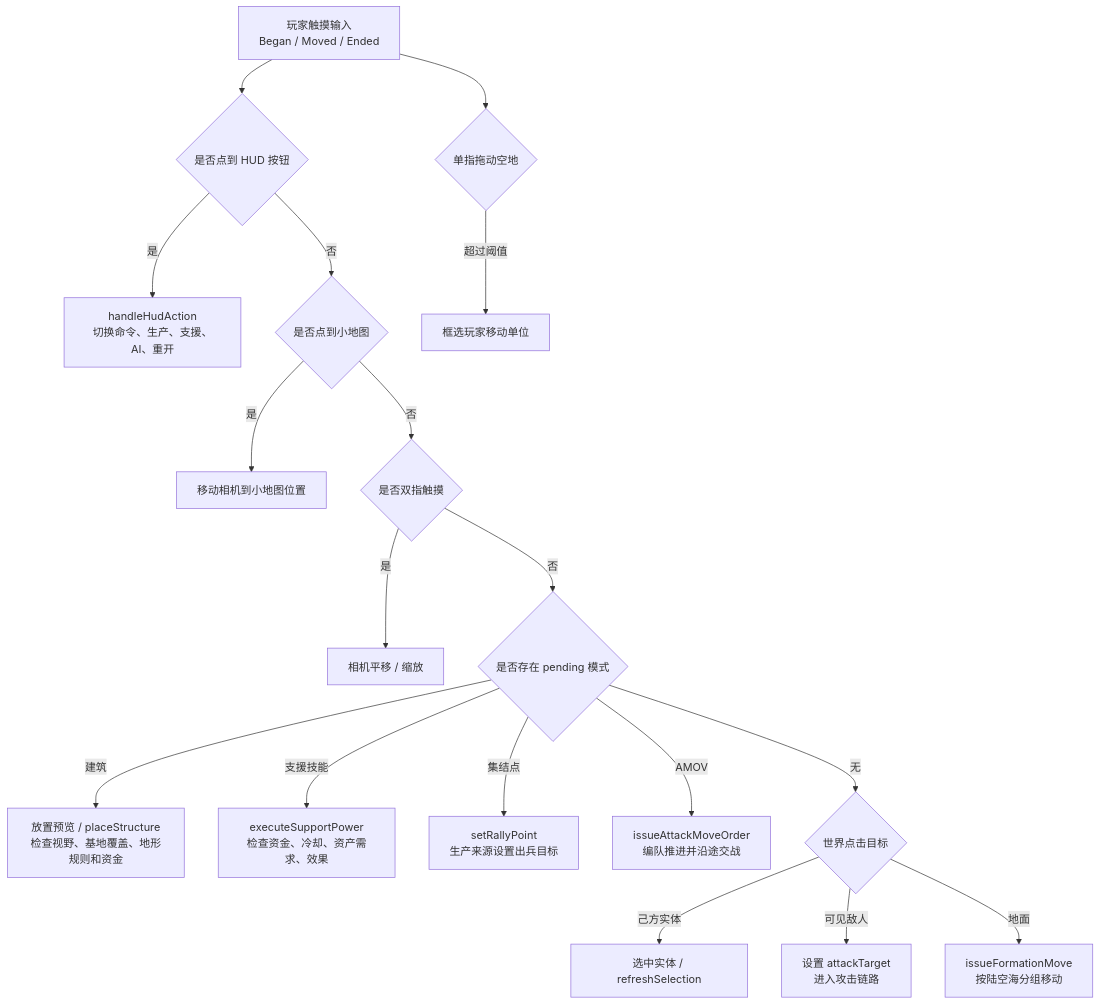
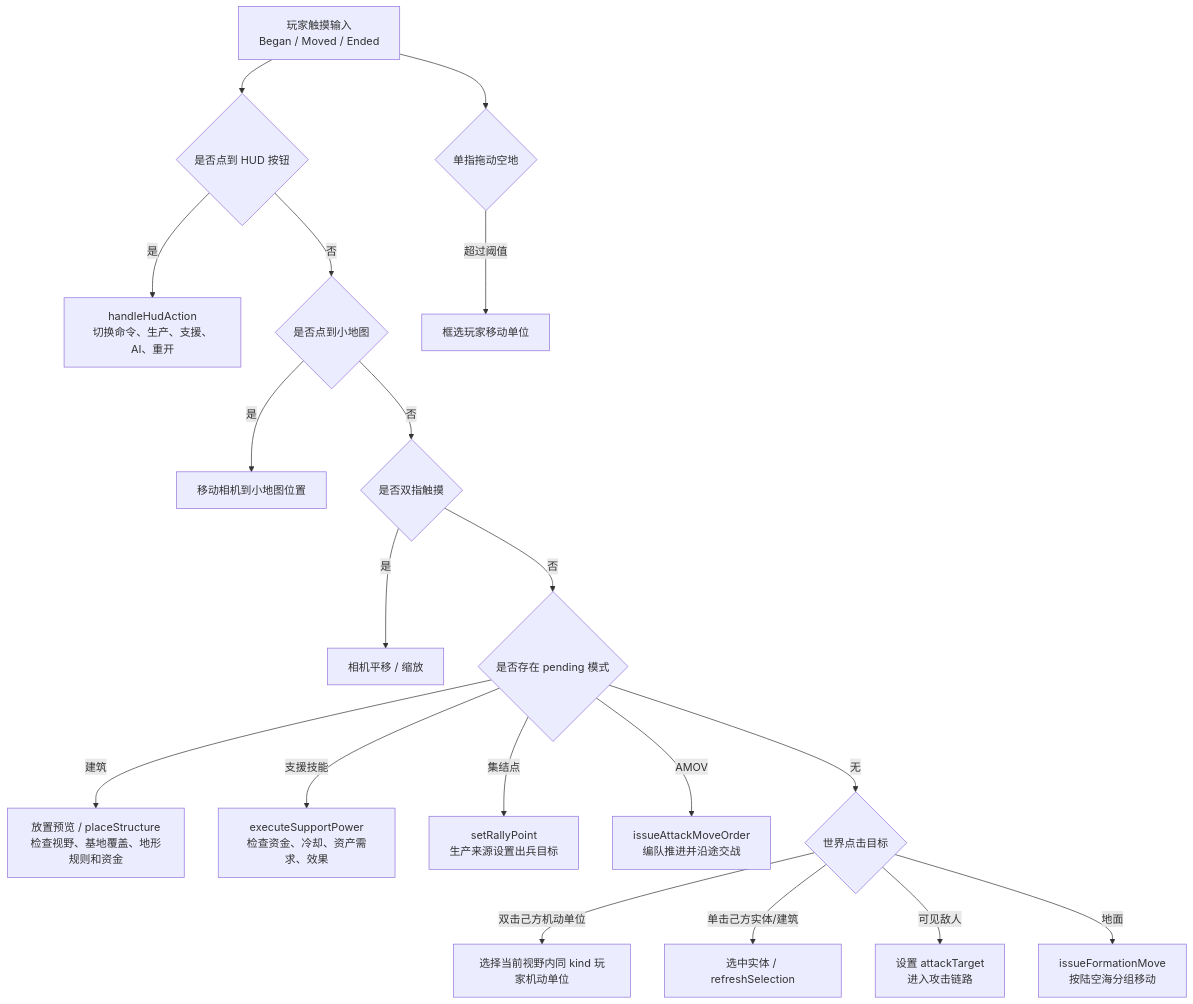
The second of 3 diagrams in md/flow/flowchart.md (Altman-sam114/1145), drawn with Mermaid before and after one commit. The commit also changed 4 other files, not shown here.

````diff
--- a/md/flow/flowchart.md
+++ b/md/flow/flowchart.md
@@ -37,20 +37,21 @@
 ```mermaid
 flowchart TD
   Touch["玩家触摸输入\nBegan / Moved / Ended"] --> HUDCheck{"是否点到 HUD 按钮"}
   HUDCheck -- "是" --> HudAction["handleHudAction\n切换命令、生产、支援、AI、重开"]
   HUDCheck -- "否" --> MiniMap{"是否点到小地图"}
   MiniMap -- "是" --> Camera["移动相机到小地图位置"]
   MiniMap -- "否" --> MultiTouch{"是否双指触摸"}
   MultiTouch -- "是" --> PanZoom["相机平移 / 缩放"]
   MultiTouch -- "否" --> Pending{"是否存在 pending 模式"}
   Pending -- "建筑" --> Place["放置预览 / placeStructure\n检查视野、基地覆盖、地形规则和资金"]
   Pending -- "支援技能" --> Support["executeSupportPower\n检查资金、冷却、资产需求、效果"]
   Pending -- "集结点" --> Rally["setRallyPoint\n生产来源设置出兵目标"]
   Pending -- "AMOV" --> AttackMove["issueAttackMoveOrder\n编队推进并沿途交战"]
   Pending -- "无" --> WorldTap{"世界点击目标"}
-  WorldTap -- "己方实体" --> Select["选中实体 / refreshSelection"]
+  WorldTap -- "双击己方机动单位" --> TypeSelect["选择当前视野内同 kind 玩家机动单位"]
+  WorldTap -- "单击己方实体/建筑" --> Select["选中实体 / refreshSelection"]
   WorldTap -- "可见敌人" --> Attack["设置 attackTarget\n进入攻击链路"]
   WorldTap -- "地面" --> Move["issueFormationMove\n按陆空海分组移动"]
   Touch --> Drag{"单指拖动空地"}
   Drag -- "超过阈值" --> Box["框选玩家移动单位"]
 ```
````
